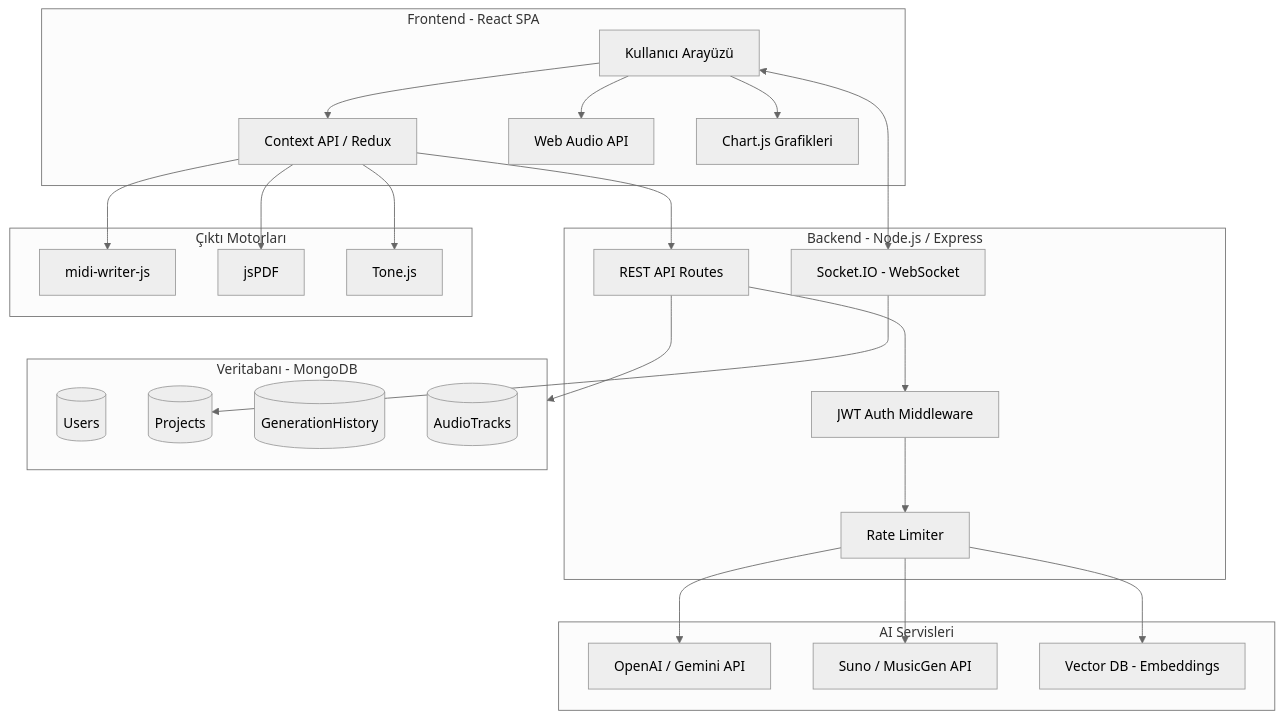
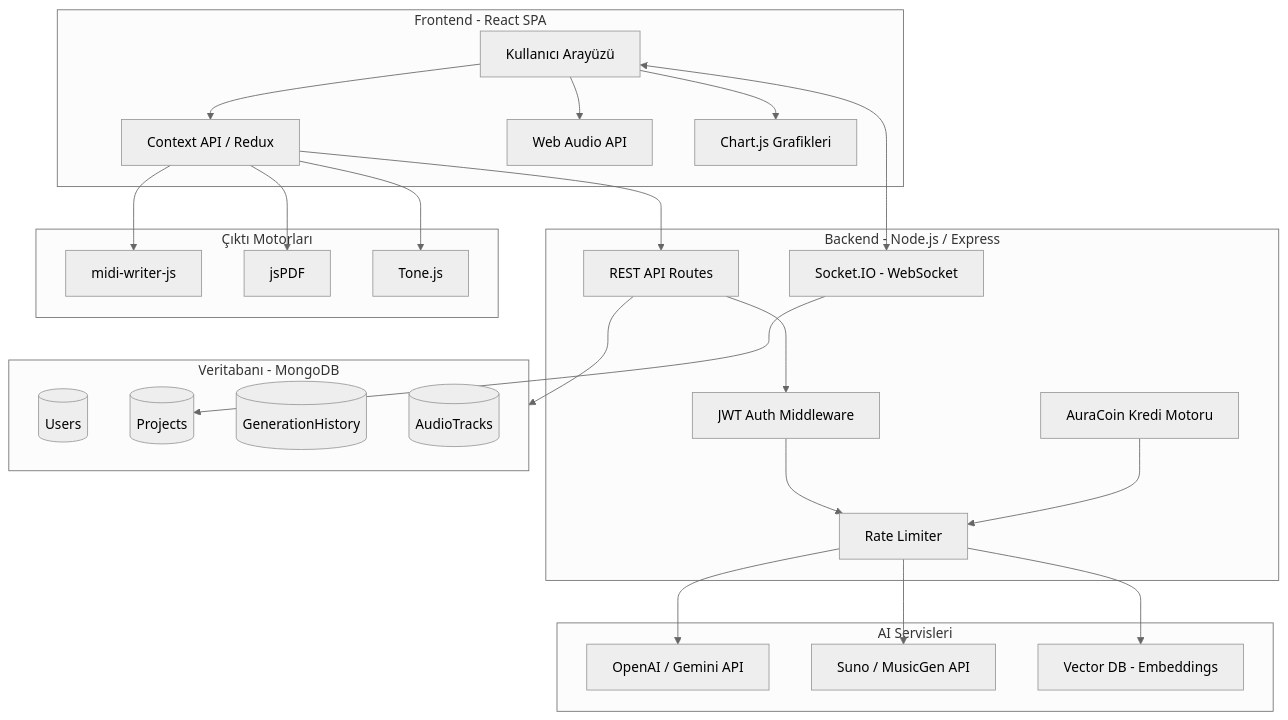
Before and after one commit to bludy0/aurabeat: the diagram in PROJE_RAPORU.md, drawn with Mermaid (neutral theme). The commit also changed other lines of this file and 3 other files, not shown here.

````diff
--- a/PROJE_RAPORU.md
+++ b/PROJE_RAPORU.md
@@ -54,53 +54,55 @@
 ```mermaid
 graph TB
     subgraph Frontend["Frontend - React SPA"]
         UI["Kullanıcı Arayüzü"]
         CTX["Context API / Redux"]
         WA["Web Audio API"]
         CHART["Chart.js Grafikleri"]
     end
 
     subgraph Backend["Backend - Node.js / Express"]
         AUTH["JWT Auth Middleware"]
         ROUTES["REST API Routes"]
         WS["Socket.IO - WebSocket"]
         RL["Rate Limiter"]
+        CREDIT["AuraCoin Kredi Motoru"]
     end
 
     subgraph AI["AI Servisleri"]
         LLM["OpenAI / Gemini API"]
         SUNO["Suno / MusicGen API"]
         VEC["Vector DB - Embeddings"]
     end
 
     subgraph DB["Veritabanı - MongoDB"]
         USERS[("Users")]
         PROJECTS[("Projects")]
         HISTORY[("GenerationHistory")]
         AUDIO[("AudioTracks")]
     end
 
     subgraph Export["Çıktı Motorları"]
         MIDI["midi-writer-js"]
         PDF["jsPDF"]
         TONE["Tone.js"]
     end
 
     UI --> CTX
     CTX --> ROUTES
     UI --> WA
     UI --> CHART
     UI <--> WS
 
     ROUTES --> AUTH
     AUTH --> RL
     RL --> LLM
     RL --> SUNO
     RL --> VEC
+    CREDIT --> RL
     ROUTES --> DB
     WS --> PROJECTS
 
     CTX --> MIDI
     CTX --> PDF
     CTX --> TONE
 ```
````
